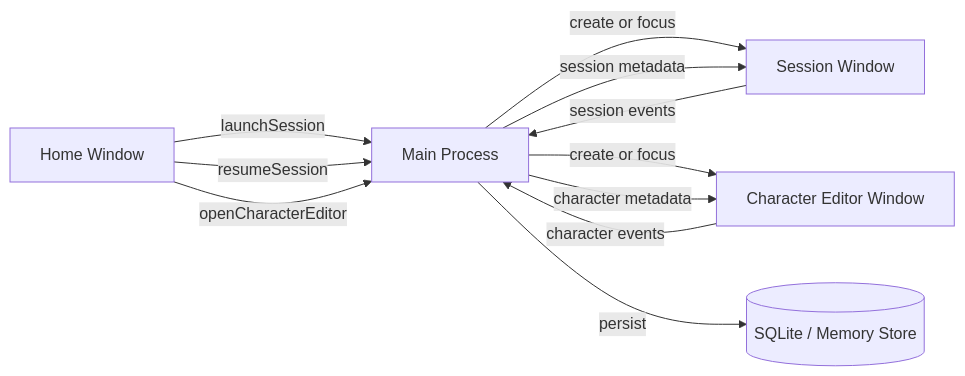
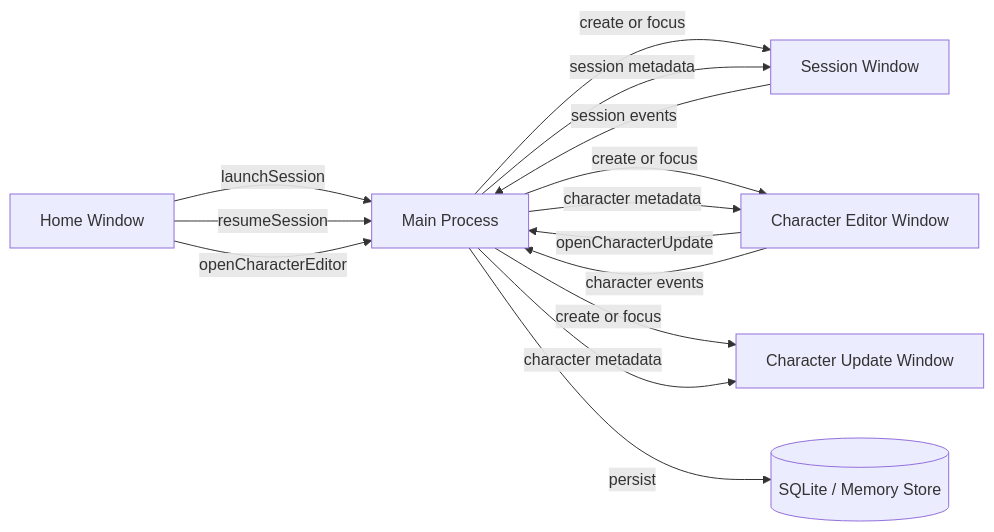
The diagram in docs/design/window-architecture.md (natumekazuki/WithMate), drawn with Mermaid before and after one commit. The commit also changed other lines of this file and 37 other files, not shown here.

Commit message:
feat(character): add update workspace flow

````diff
--- a/docs/design/window-architecture.md
+++ b/docs/design/window-architecture.md
@@ -259,13 +284,16 @@
 ```mermaid
 flowchart LR
     HW[Home Window] -->|launchSession| MP[Main Process]
     HW -->|resumeSession| MP
     HW -->|openCharacterEditor| MP
     MP -->|create or focus| SW[Session Window]
     MP -->|create or focus| CW[Character Editor Window]
+    CW -->|openCharacterUpdate| MP
+    MP -->|create or focus| UW[Character Update Window]
     MP -->|session metadata| SW
     MP -->|character metadata| CW
+    MP -->|character metadata| UW
     SW -->|session events| MP
     CW -->|character events| MP
     MP -->|persist| DB[(SQLite / Memory Store)]
 ```
````
